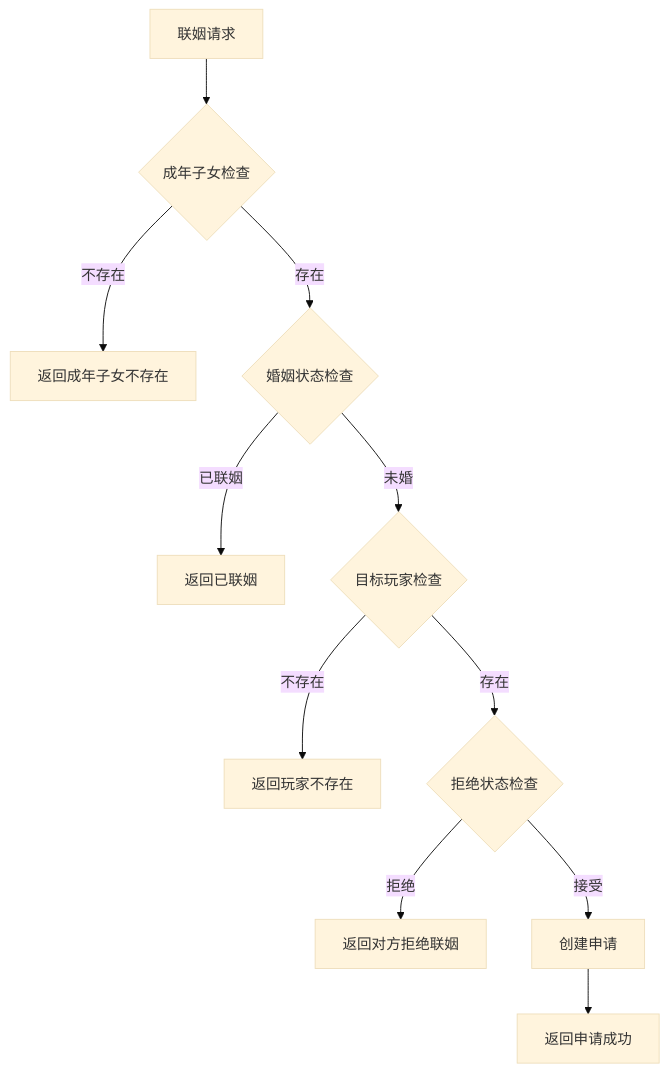
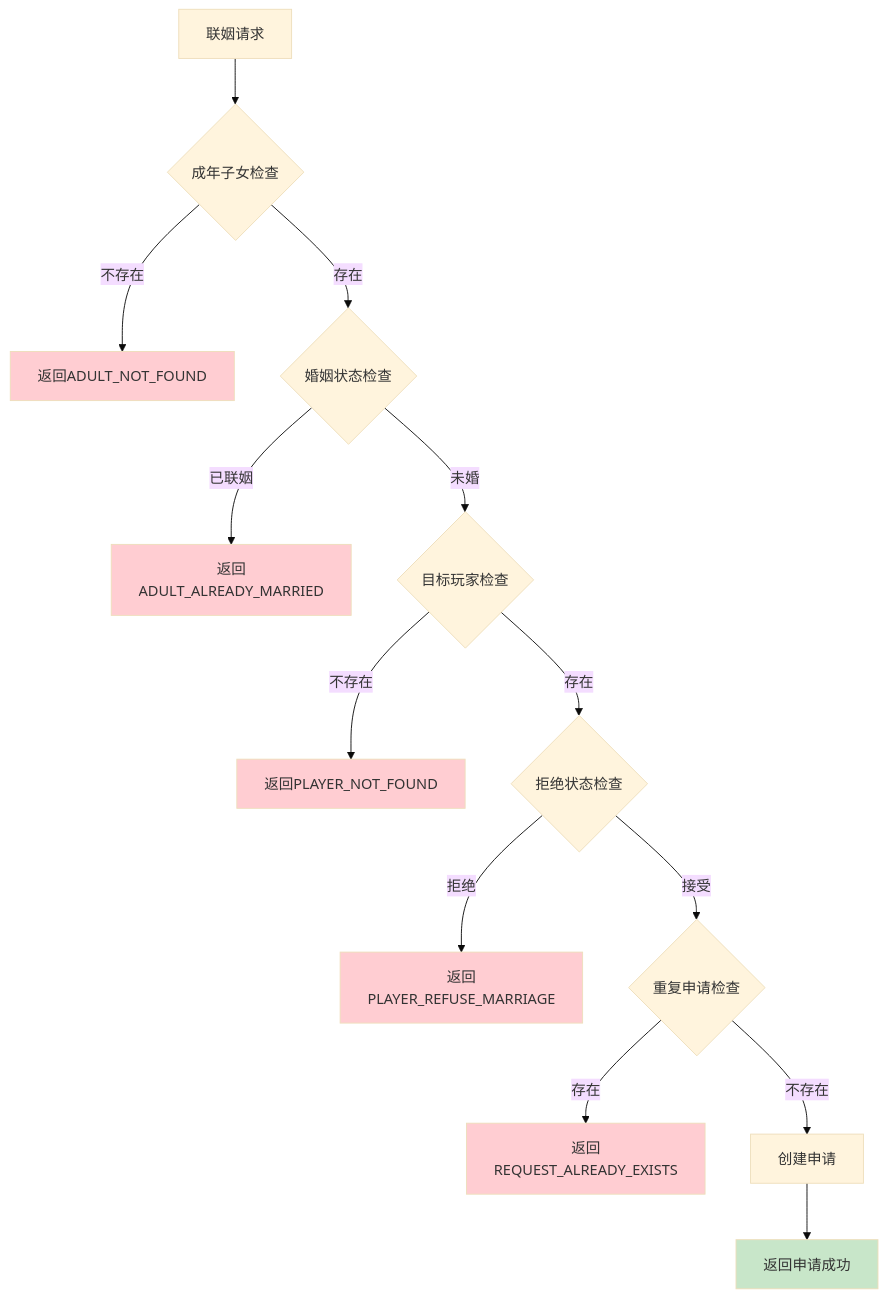
The sixth of 10 diagrams in docs/Module_Child/06_实现细节.md (Alan-Ben/k2c_game_framework), drawn with Mermaid (base theme) before and after one commit. The commit also changed other lines of this file, not shown here.

````diff
--- a/docs/Module_Child/06_实现细节.md
+++ b/docs/Module_Child/06_实现细节.md
@@ -266,13 +336,22 @@
 ```mermaid
 flowchart TD
     A[联姻请求] --> B{成年子女检查}
-    B -->|不存在| C[返回成年子女不存在]
+    B -->|不存在| C[返回ADULT_NOT_FOUND]
     B -->|存在| D{婚姻状态检查}
-    D -->|已联姻| E[返回已联姻]
+    D -->|已联姻| E[返回ADULT_ALREADY_MARRIED]
     D -->|未婚| F{目标玩家检查}
-    F -->|不存在| G[返回玩家不存在]
+    F -->|不存在| G[返回PLAYER_NOT_FOUND]
     F -->|存在| H{拒绝状态检查}
-    H -->|拒绝| I[返回对方拒绝联姻]
-    H -->|接受| J[创建申请]
-    J --> K[返回申请成功]
+    H -->|拒绝| I[返回PLAYER_REFUSE_MARRIAGE]
+    H -->|接受| J{重复申请检查}
+    J -->|存在| K[返回REQUEST_ALREADY_EXISTS]
+    J -->|不存在| L[创建申请]
+    L --> M[返回申请成功]
+
+    style C fill:#ffcdd2
+    style E fill:#ffcdd2
+    style G fill:#ffcdd2
+    style I fill:#ffcdd2
+    style K fill:#ffcdd2
+    style M fill:#c8e6c9
 ```
````
